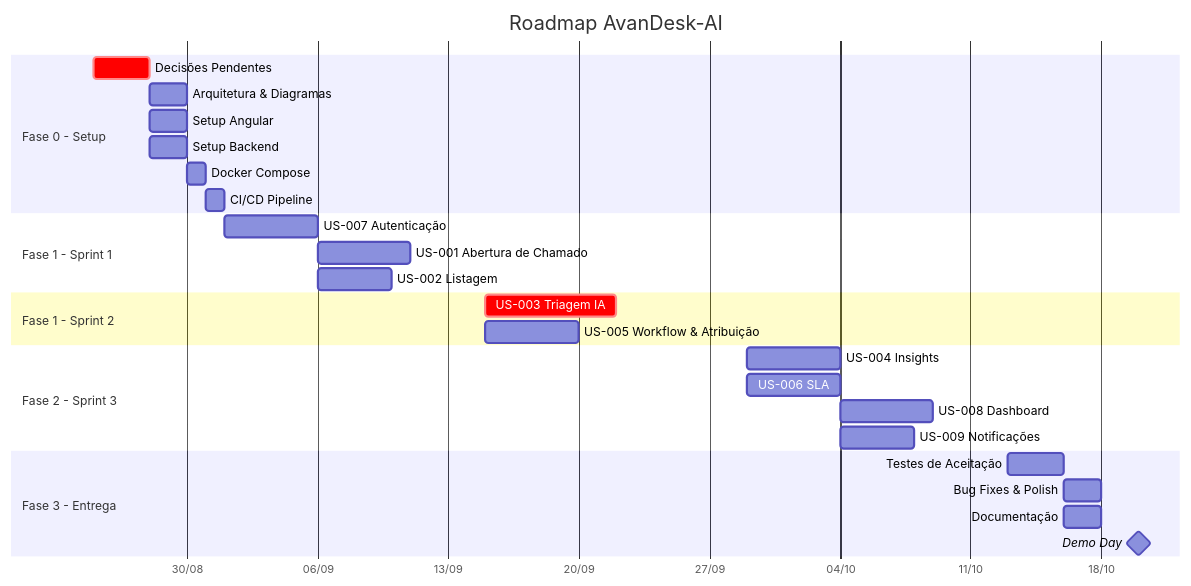
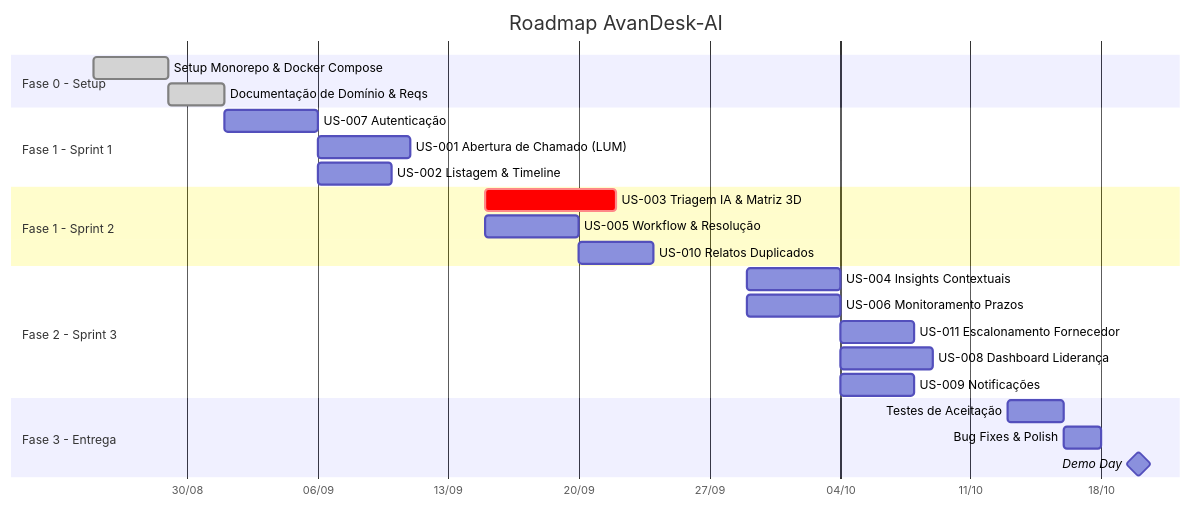
The diagram in docs/05-proximos-passos.md (LouisLuos/AvanDesk-AI), drawn with Mermaid before and after one commit. The commit also changed other lines of this file and 6 other files, not shown here.

````diff
--- a/docs/05-proximos-passos.md
+++ b/docs/05-proximos-passos.md
@@ -92,35 +85,32 @@
 ```mermaid
 gantt
     title Roadmap AvanDesk-AI
     dateFormat  YYYY-MM-DD
     axisFormat  %d/%m
 
     section Fase 0 - Setup
-    Decisões Pendentes           :crit, d1, 2026-08-25, 3d
-    Arquitetura & Diagramas      :d2, after d1, 2d
-    Setup Angular                :d3, after d1, 2d
-    Setup Backend                :d4, after d1, 2d
-    Docker Compose               :d5, after d3, 1d
-    CI/CD Pipeline               :d6, after d5, 1d
+    Setup Monorepo & Docker Compose :done, d1, 2026-08-25, 4d
+    Documentação de Domínio & Reqs   :done, d2, after d1, 3d
 
     section Fase 1 - Sprint 1
-    US-007 Autenticação          :s1a, 2026-09-01, 5d
-    US-001 Abertura de Chamado   :s1b, after s1a, 5d
-    US-002 Listagem              :s1c, after s1a, 4d
+    US-007 Autenticação             :s1a, 2026-09-01, 5d
+    US-001 Abertura de Chamado (LUM):s1b, after s1a, 5d
+    US-002 Listagem & Timeline      :s1c, after s1a, 4d
 
     section Fase 1 - Sprint 2
-    US-003 Triagem IA            :crit, s2a, 2026-09-15, 7d
-    US-005 Workflow & Atribuição :s2b, 2026-09-15, 5d
+    US-003 Triagem IA & Matriz 3D   :crit, s2a, 2026-09-15, 7d
+    US-005 Workflow & Resolução     :s2b, 2026-09-15, 5d
+    US-010 Relatos Duplicados       :s2c, after s2b, 4d
 
     section Fase 2 - Sprint 3
-    US-004 Insights              :s3a, 2026-09-29, 5d
-    US-006 SLA                   :s3b, 2026-09-29, 5d
-    US-008 Dashboard             :s3c, 2026-10-04, 5d
-    US-009 Notificações          :s3d, 2026-10-04, 4d
+    US-004 Insights Contextuais     :s3a, 2026-09-29, 5d
+    US-006 Monitoramento Prazos     :s3b, 2026-09-29, 5d
+    US-011 Escalonamento Fornecedor :s3c, 2026-10-04, 4d
+    US-008 Dashboard Liderança      :s3d, 2026-10-04, 5d
+    US-009 Notificações             :s3e, 2026-10-04, 4d
 
     section Fase 3 - Entrega
-    Testes de Aceitação          :t1, 2026-10-13, 3d
-    Bug Fixes & Polish           :t2, after t1, 2d
-    Documentação                 :t3, after t1, 2d
-    Demo Day                     :milestone, m1, 2026-10-20, 0d
+    Testes de Aceitação             :t1, 2026-10-13, 3d
+    Bug Fixes & Polish              :t2, after t1, 2d
+    Demo Day                        :milestone, m1, 2026-10-20, 0d
 ```
````
